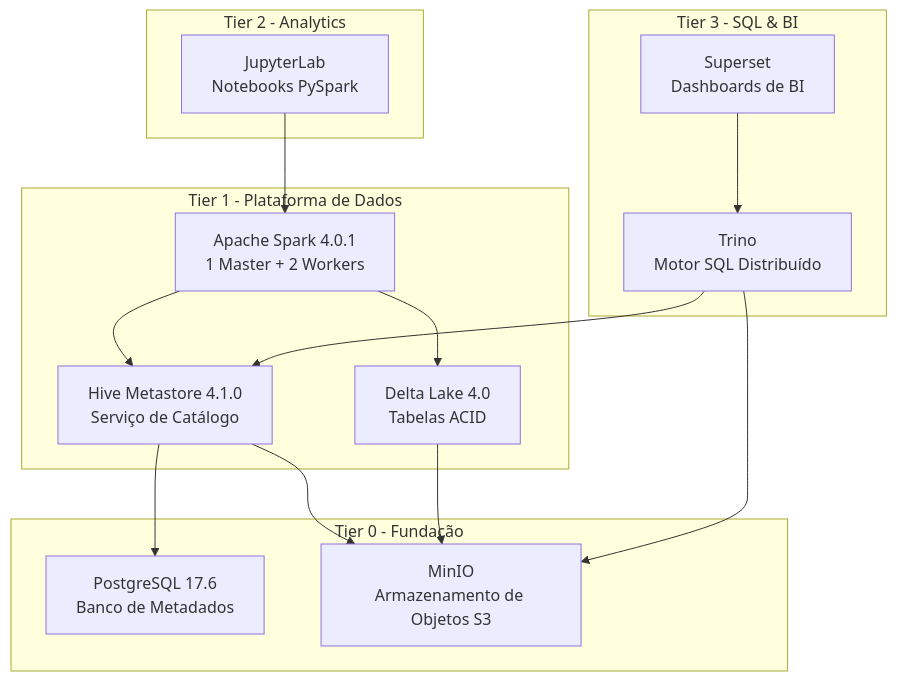
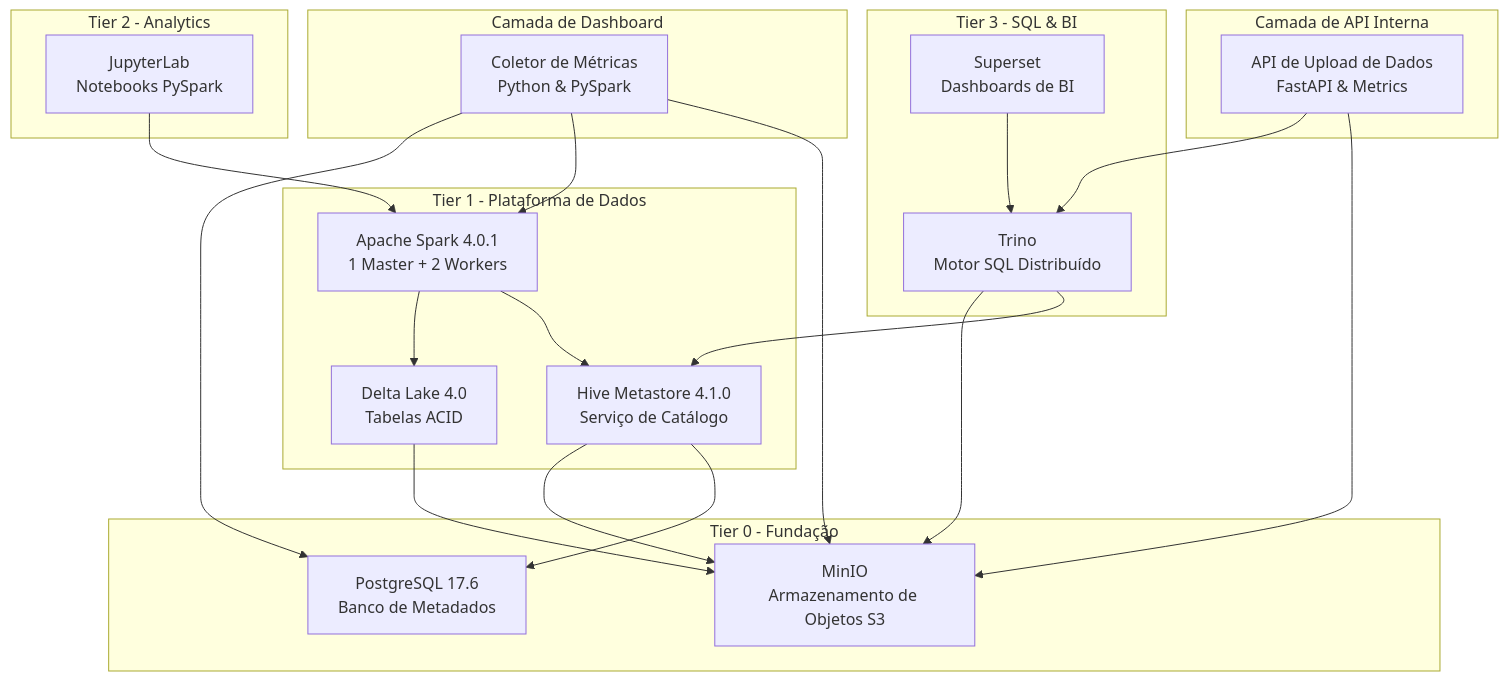
One commit to P-Bao/FlumenData changed the diagram in README_PT.md. Above: the diagram before and after it, drawn with Mermaid. The commit also changed other lines of this file and 29 other files, not shown here.

Commit message:
feat: Thêm Dashboard và API bao gồm trình thu thập số liệu, API tải dữ liệu, cấu hình Docker Compose mới và tài liệu.

````diff
--- a/README_PT.md
+++ b/README_PT.md
@@ -59,32 +59,45 @@
 ```mermaid
 graph TB
+    subgraph "Camada de API Interna"
+        API[API de Upload de Dados<br/>FastAPI & Metrics]
+    end
+
+    subgraph "Camada de Dashboard"
+        COLLECTOR[Coletor de Métricas<br/>Python & PySpark]
+    end
+
     subgraph "Tier 3 - SQL & BI"
         TRINO[Trino<br/>Motor SQL Distribuído]
         SUPERSET[Superset<br/>Dashboards de BI]
     end
 
     subgraph "Tier 2 - Analytics"
         JUPYTER[JupyterLab<br/>Notebooks PySpark]
     end
 
     subgraph "Tier 1 - Plataforma de Dados"
         SPARK[Apache Spark 4.0.1<br/>1 Master + 2 Workers]
         HIVE[Hive Metastore 4.1.0<br/>Serviço de Catálogo]
         DELTA[Delta Lake 4.0<br/>Tabelas ACID]
     end
 
     subgraph "Tier 0 - Fundação"
         POSTGRES[PostgreSQL 17.6<br/>Banco de Metadados]
         MINIO[MinIO<br/>Armazenamento de Objetos S3]
     end
 
+    API --> MINIO
+    API --> TRINO
+    COLLECTOR --> MINIO
+    COLLECTOR --> SPARK
+    COLLECTOR --> POSTGRES
     SUPERSET --> TRINO
     TRINO --> HIVE
     TRINO --> MINIO
     JUPYTER --> SPARK
     SPARK --> HIVE
     SPARK --> DELTA
     DELTA --> MINIO
     HIVE --> POSTGRES
     HIVE --> MINIO
 ```
````
